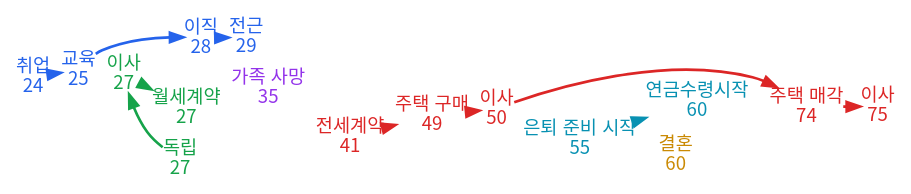
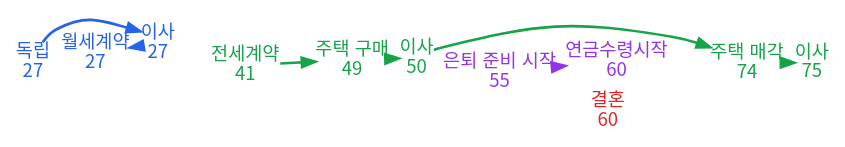
Before and after one commit to hanliger/life-event-benchmark-v2: the diagram in life_generator/out/samples/sample_seed_43.dot, drawn with Graphviz. The commit also changed 83 other files, not shown here.

```diff
--- a/life_generator/out/samples/sample_seed_43.dot
+++ b/life_generator/out/samples/sample_seed_43.dot
@@ -1,31 +1,23 @@
 digraph sample_life_path {
   graph [layout=neato, overlap=false, splines=true, outputorder=edgesfirst];
   node [shape=plain, fontname="Noto Sans CJK KR"];
   edge [penwidth=2.0];
-  "event_0" [label="취업\n24", pos="0.9,0.0!", fontcolor="#2563eb"];
-  "event_1" [label="교육\n25", pos="1.8,0.0!", fontcolor="#2563eb"];
-  "event_2" [label="독립\n27", pos="3.6,-0.8!", fontcolor="#16a34a"];
-  "event_3" [label="이사\n27", pos="3.6,-0.8!", fontcolor="#16a34a"];
-  "event_4" [label="월세계약\n27", pos="3.6,-0.8!", fontcolor="#16a34a"];
-  "event_5" [label="이직\n28", pos="4.5,0.0!", fontcolor="#2563eb"];
-  "event_6" [label="전근\n29", pos="5.4,0.0!", fontcolor="#2563eb"];
-  "event_7" [label="가족 사망\n35", pos="10.8,-1.6!", fontcolor="#9333ea"];
-  "event_8" [label="전세계약\n41", pos="16.2,-2.4000000000000004!", fontcolor="#dc2626"];
-  "event_9" [label="주택 구매\n49", pos="23.400000000000002,-2.4000000000000004!", fontcolor="#dc2626"];
-  "event_10" [label="이사\n50", pos="24.3,-2.4000000000000004!", fontcolor="#dc2626"];
-  "event_11" [label="은퇴 준비 시작\n55", pos="28.8,-3.2!", fontcolor="#0891b2"];
-  "event_12" [label="결혼\n60", pos="33.300000000000004,-4.0!", fontcolor="#ca8a04"];
-  "event_13" [label="연금수령시작\n60", pos="33.300000000000004,-3.2!", fontcolor="#0891b2"];
-  "event_14" [label="주택 매각\n74", pos="45.9,-2.4000000000000004!", fontcolor="#dc2626"];
-  "event_15" [label="이사\n75", pos="46.800000000000004,-2.4000000000000004!", fontcolor="#dc2626"];
-  "event_11" -> "event_13" [color="#0891b2"];
-  "event_2" -> "event_3" [color="#16a34a"];
+  "event_0" [label="독립\n27", pos="0.9,0.0!", fontcolor="#2563eb"];
+  "event_1" [label="이사\n27", pos="0.9,0.0!", fontcolor="#2563eb"];
+  "event_2" [label="월세계약\n27", pos="0.9,0.0!", fontcolor="#2563eb"];
+  "event_3" [label="전세계약\n41", pos="13.5,-0.8!", fontcolor="#16a34a"];
+  "event_4" [label="주택 구매\n49", pos="20.7,-0.8!", fontcolor="#16a34a"];
+  "event_5" [label="이사\n50", pos="21.6,-0.8!", fontcolor="#16a34a"];
+  "event_6" [label="은퇴 준비 시작\n55", pos="26.1,-1.6!", fontcolor="#9333ea"];
+  "event_7" [label="결혼\n60", pos="30.6,-2.4000000000000004!", fontcolor="#dc2626"];
+  "event_8" [label="연금수령시작\n60", pos="30.6,-1.6!", fontcolor="#9333ea"];
+  "event_9" [label="주택 매각\n74", pos="43.2,-0.8!", fontcolor="#16a34a"];
+  "event_10" [label="이사\n75", pos="44.1,-0.8!", fontcolor="#16a34a"];
+  "event_6" -> "event_8" [color="#9333ea"];
+  "event_0" -> "event_1" [color="#2563eb"];
+  "event_1" -> "event_2" [color="#2563eb"];
   "event_3" -> "event_4" [color="#16a34a"];
-  "event_8" -> "event_9" [color="#dc2626"];
-  "event_9" -> "event_10" [color="#dc2626"];
-  "event_10" -> "event_14" [color="#dc2626"];
-  "event_14" -> "event_15" [color="#dc2626"];
-  "event_0" -> "event_1" [color="#2563eb"];
-  "event_1" -> "event_5" [color="#2563eb"];
-  "event_5" -> "event_6" [color="#2563eb"];
+  "event_4" -> "event_5" [color="#16a34a"];
+  "event_5" -> "event_9" [color="#16a34a"];
+  "event_9" -> "event_10" [color="#16a34a"];
 }
```
